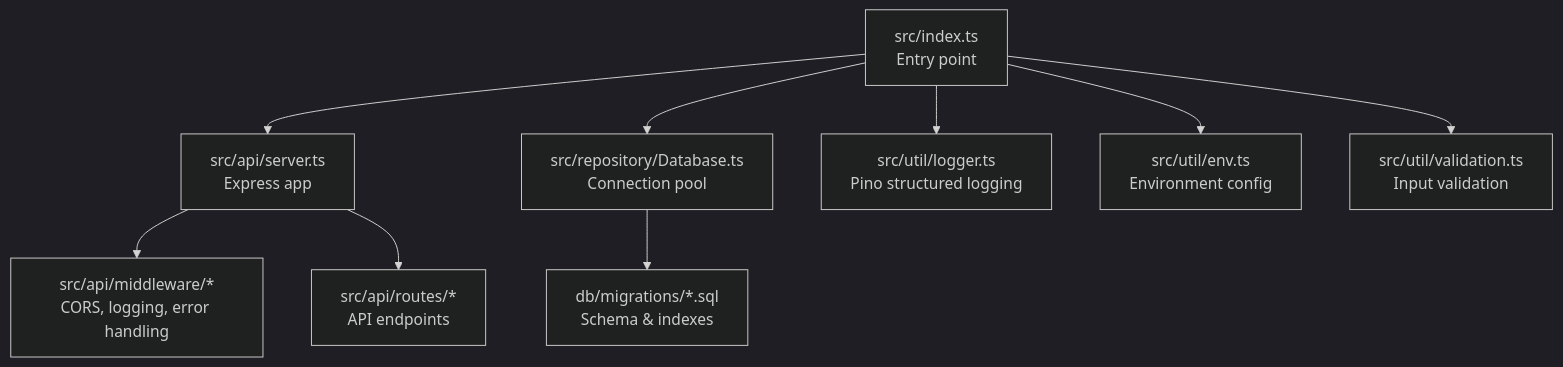
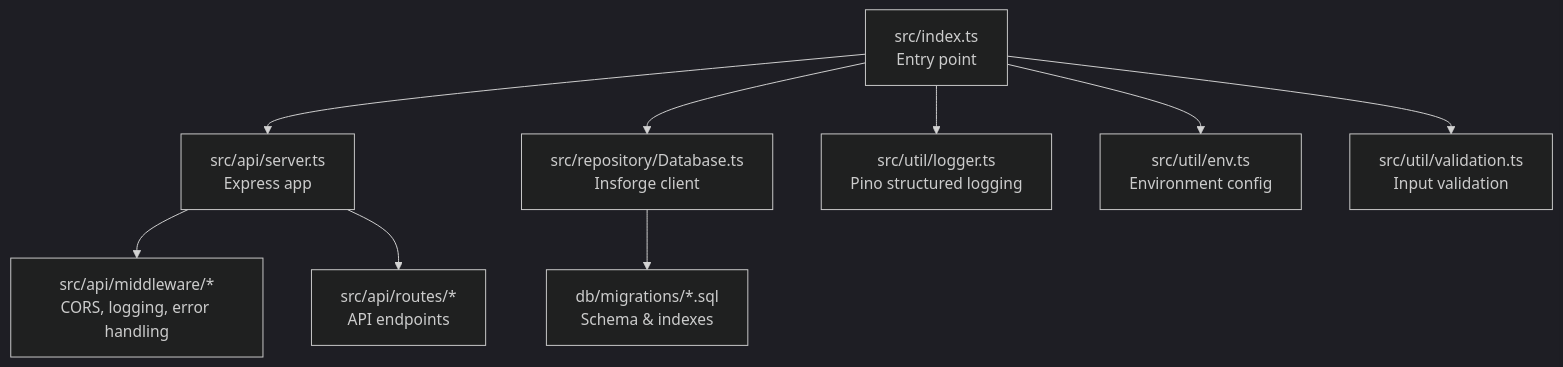
Before and after one commit to vishnusaibhosekar/ares: the first of 6 diagrams in .qoder/repowiki/en/content/Deployment & Operations.md, drawn with Mermaid (dark theme). The commit also changed other lines of this file and 12 other files, not shown here.

````diff
--- a/.qoder/repowiki/en/content/Deployment & Operations.md
+++ b/.qoder/repowiki/en/content/Deployment & Operations.md
@@ -49,11 +68,11 @@
 ```mermaid
 graph TB
 A["src/index.ts<br/>Entry point"] --> B["src/api/server.ts<br/>Express app"]
 B --> C["src/api/middleware/*<br/>CORS, logging, error handling"]
 B --> D["src/api/routes/*<br/>API endpoints"]
-A --> E["src/repository/Database.ts<br/>Connection pool"]
+A --> E["src/repository/Database.ts<br/>Insforge client"]
 E --> F["db/migrations/*.sql<br/>Schema & indexes"]
 A --> G["src/util/logger.ts<br/>Pino structured logging"]
 A --> H["src/util/env.ts<br/>Environment config"]
 A --> I["src/util/validation.ts<br/>Input validation"]
 ```
````
